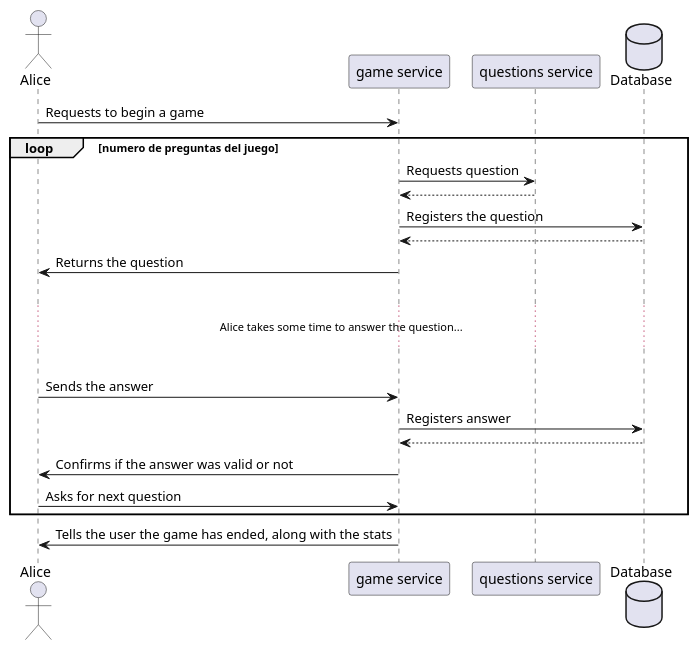
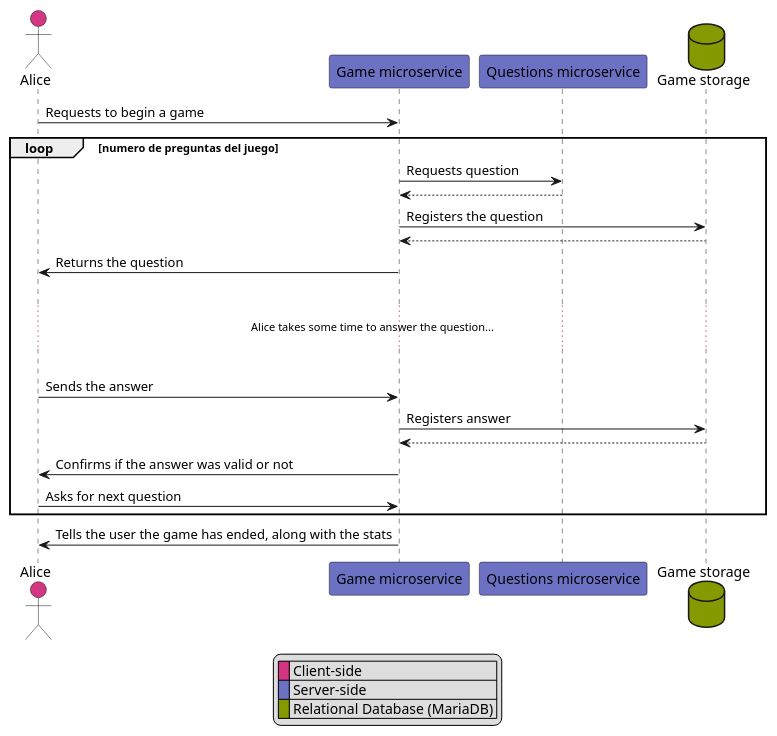
One commit to Arquisoft/wiq_es1c changed the first of 3 diagrams in docs/src/06_runtime_view.adoc. Above: the diagram before and after it, drawn with PlantUML. The commit also changed other lines of this file, not shown here.

```diff
--- a/docs/src/06_runtime_view.adoc
+++ b/docs/src/06_runtime_view.adoc
@@ -8,26 +8,32 @@
 [plantuml,"Start a game",png]
 ----
-actor a as "Alice"
-participant q as "game service"
-participant w as "questions service"
-database d as "Database"
+actor a as "Alice" #d33682
+participant q as "Game microservice" #6c71c4
+participant w as "Questions microservice" #6c71c4
+database d as "Game storage" #859900
 
 
 a -> q: Requests to begin a game
 loop numero de preguntas del juego
 q -> w: Requests question
 w -->q
 q -> d: Registers the question
 d -->q
 q -> a: Returns the question 
 |||
 ...Alice takes some time to answer the question......
 |||
 a -> q: Sends the answer
 q -> d: Registers answer
 d -->q
 q -> a: Confirms if the answer was valid or not
 a -> q: Asks for next question
 end
 q -> a: Tells the user the game has ended, along with the stats
+
+legend
+ |<back:#d33682>   </back>| Client-side |
+ |<back:#6c71c4>   </back>| Server-side |
+ |<back:#859900>   </back>| Relational Database (MariaDB) |
+endlegend
 ----
```
